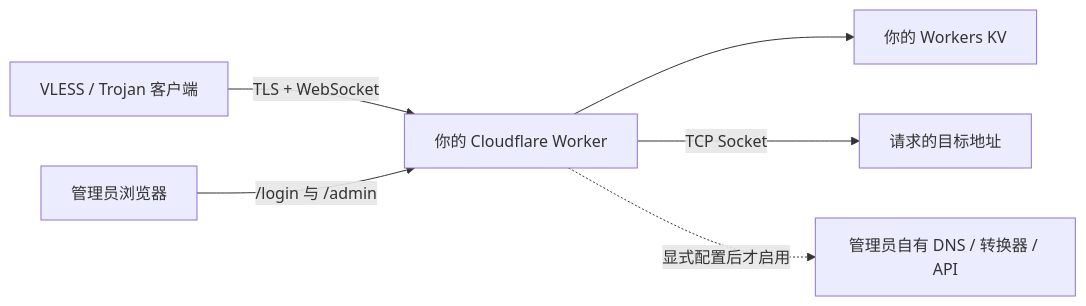
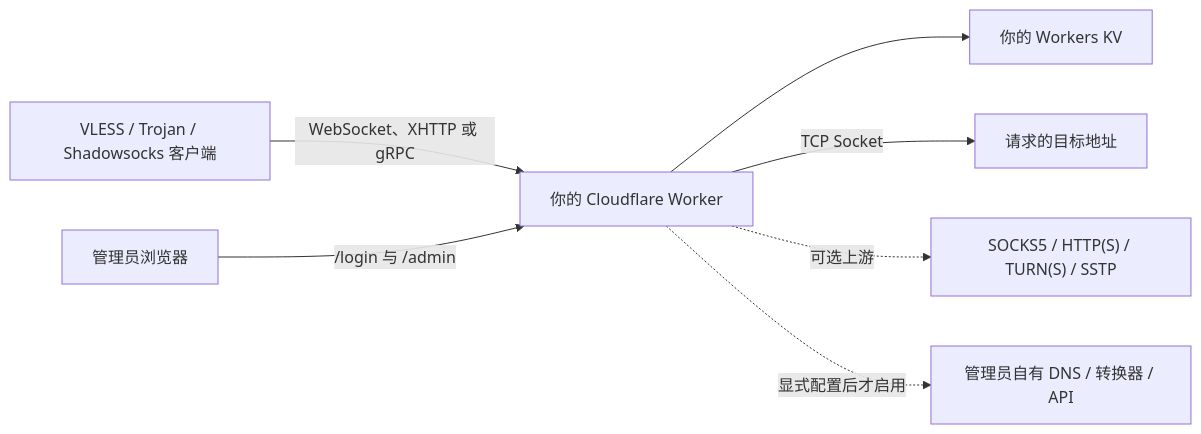
The diagram in README.zh-CN.md (anuxs/Re_edgetunnel), drawn with Mermaid before and after one commit. The commit also changed other lines of this file and 26 other files, not shown here.

````diff
--- a/README.zh-CN.md
+++ b/README.zh-CN.md
@@ -49,8 +58,9 @@
 ```mermaid
 flowchart LR
-    C["VLESS / Trojan 客户端"] -->|"TLS + WebSocket"| W["你的 Cloudflare Worker"]
+    C["VLESS / Trojan / Shadowsocks 客户端"] -->|"WebSocket、XHTTP 或 gRPC"| W["你的 Cloudflare Worker"]
     A["管理员浏览器"] -->|"/login 与 /admin"| W
     W --> K["你的 Workers KV"]
     W -->|"TCP Socket"| D["请求的目标地址"]
+    W -. "可选上游" .-> P["SOCKS5 / HTTP(S) / TURN(S) / SSTP"]
     W -. "显式配置后才启用" .-> O["管理员自有 DNS / 转换器 / API"]
 ```
````
